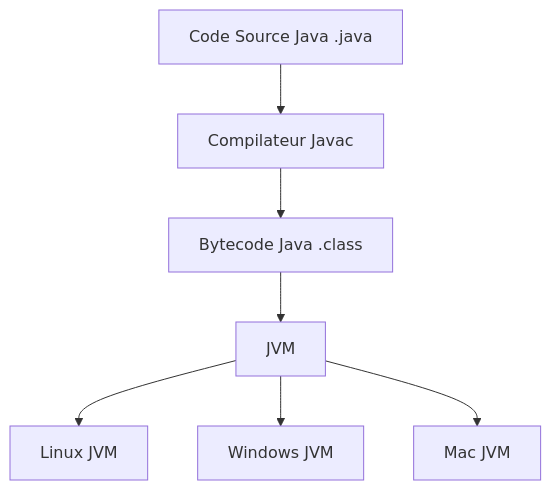
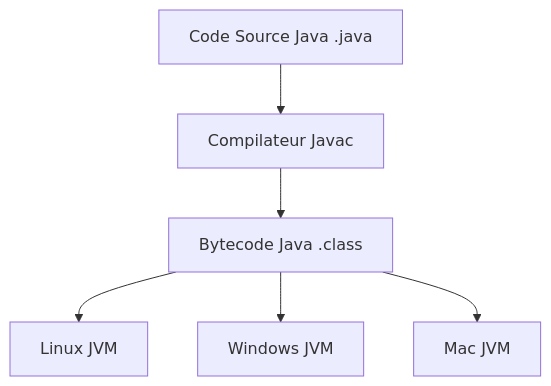
One commit to tanguybernard/computer-science-knowledge changed the diagram in lang_fwk/java_world/courses/JVM.md. Above: the diagram before and after it, drawn with Mermaid.

````diff
--- a/lang_fwk/java_world/courses/JVM.md
+++ b/lang_fwk/java_world/courses/JVM.md
@@ -1,9 +1,8 @@
 ```mermaid
 graph TD
     A[Code Source Java .java] --> B[Compilateur Javac]
     B --> C[Bytecode Java .class]
-    C --> D[JVM]
-    D --> JVM1[Linux JVM]
-    D --> JVM2[Windows JVM]
-    D --> JVM3[Mac JVM]
+    C --> JVM1[Linux JVM]
+    C --> JVM2[Windows JVM]
+    C --> JVM3[Mac JVM]
 ```
````
